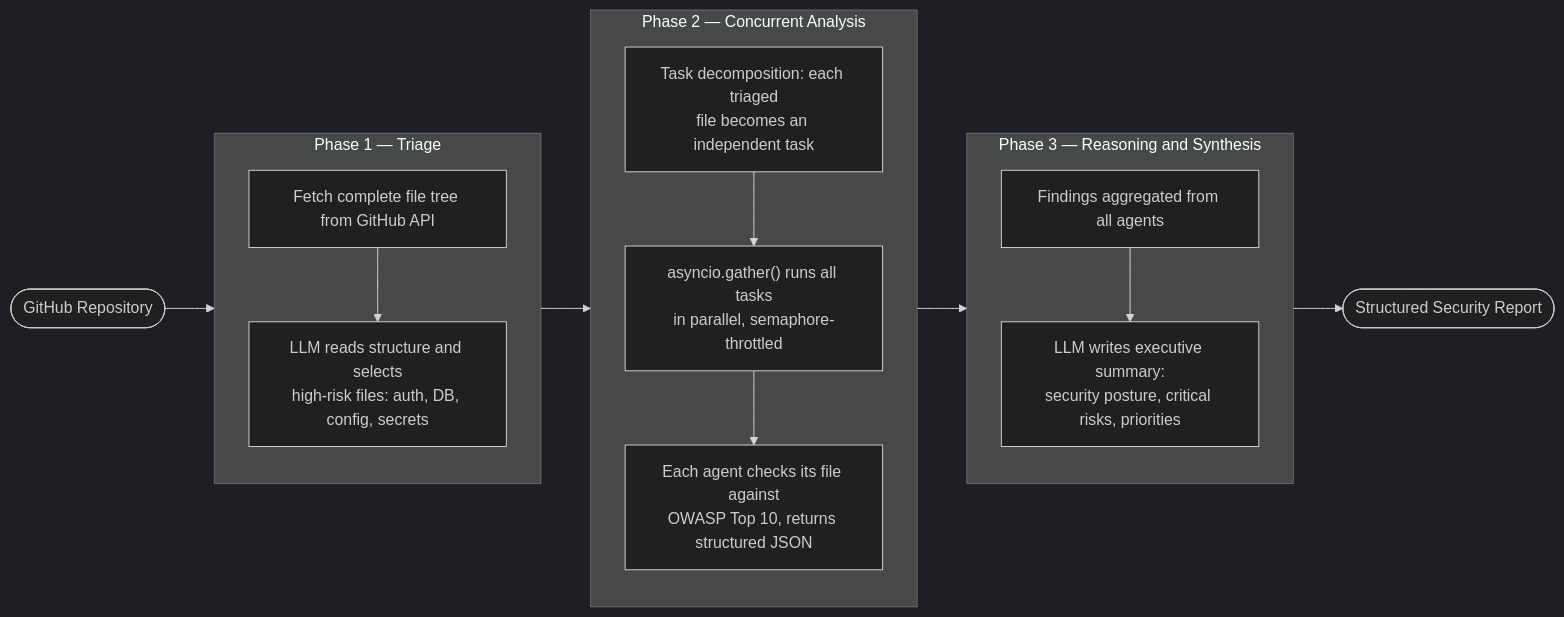
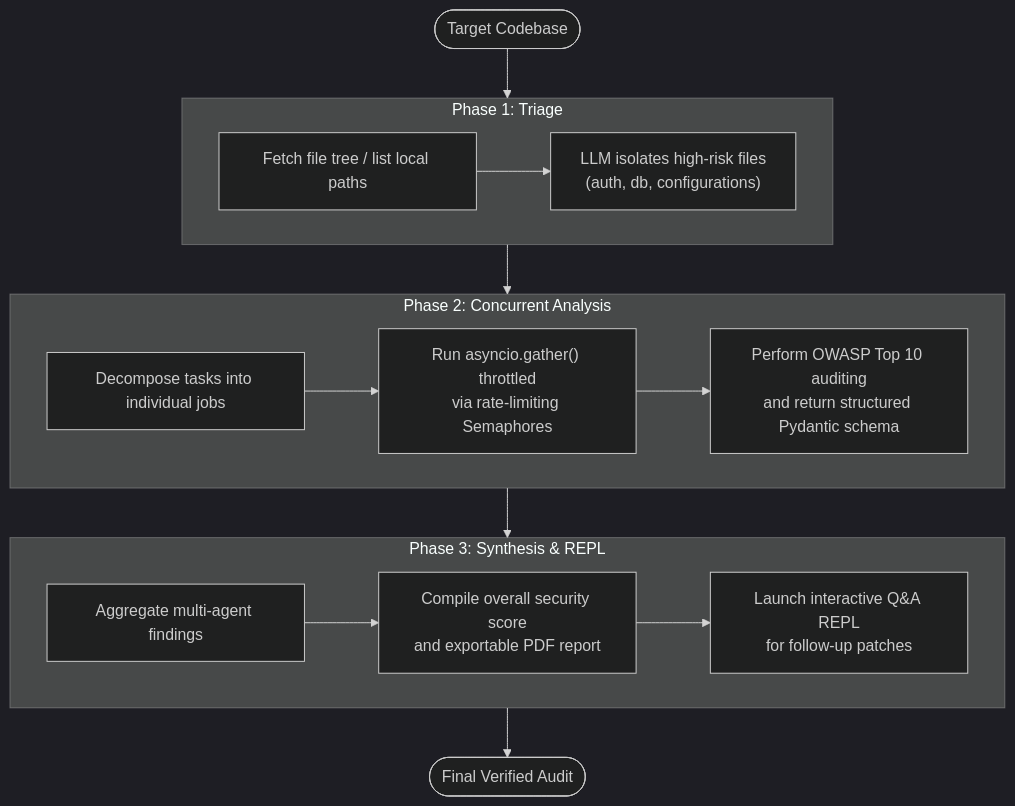
One commit to Rarebuffalo/securelens-backend changed the diagram in README.md. Above: the diagram before and after it, drawn with Mermaid (dark theme). The commit also changed other lines of this file, not shown here.

Commit message:
rewrite readme to follow a professional saas presentation style

````diff
--- a/README.md
+++ b/README.md
@@ -44,32 +73,30 @@
 ```mermaid
-flowchart LR
-    A([GitHub Repository]) --> B
-
-    subgraph B ["Phase 1 — Triage"]
-        direction TB
-        B1["Fetch complete file tree from GitHub API"]
-        B2["LLM reads structure and selects\nhigh-risk files: auth, DB, config, secrets"]
+flowchart TD
+    A([Target Codebase]) --> B[Phase 1: Triage]
+    
+    subgraph B ["Phase 1: Triage"]
+        B1["Fetch file tree / list local paths"]
+        B2["LLM isolates high-risk files\n(auth, db, configurations)"]
         B1 --> B2
     end
-
-    B --> C
-
-    subgraph C ["Phase 2 — Concurrent Analysis"]
-        direction TB
-        C1["Task decomposition: each triaged\nfile becomes an independent task"]
-        C2["asyncio.gather() runs all tasks\nin parallel, semaphore-throttled"]
-        C3["Each agent checks its file against\nOWASP Top 10, returns structured JSON"]
+    
+    B --> C[Phase 2: Concurrent Analysis]
+    
+    subgraph C ["Phase 2: Concurrent Analysis"]
+        C1["Decompose tasks into individual jobs"]
+        C2["Run asyncio.gather() throttled\nvia rate-limiting Semaphores"]
+        C3["Perform OWASP Top 10 auditing\nand return structured Pydantic schema"]
         C1 --> C2 --> C3
     end
-
-    C --> D
-
-    subgraph D ["Phase 3 — Reasoning and Synthesis"]
-        direction TB
-        D1["Findings aggregated from all agents"]
-        D2["LLM writes executive summary:\nsecurity posture, critical risks, priorities"]
-        D1 --> D2
+    
+    C --> D[Phase 3: Synthesis & REPL]
+    
+    subgraph D ["Phase 3: Synthesis & REPL"]
+        D1["Aggregate multi-agent findings"]
+        D2["Compile overall security score\nand exportable PDF report"]
+        D3["Launch interactive Q&A REPL\nfor follow-up patches"]
+        D1 --> D2 --> D3
     end
-
-    D --> E([Structured Security Report])
+    
+    D --> E([Final Verified Audit])
 ```
````
